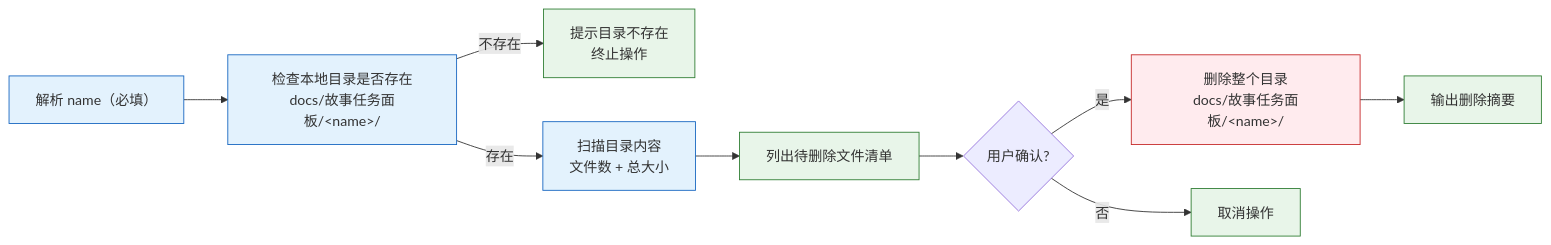
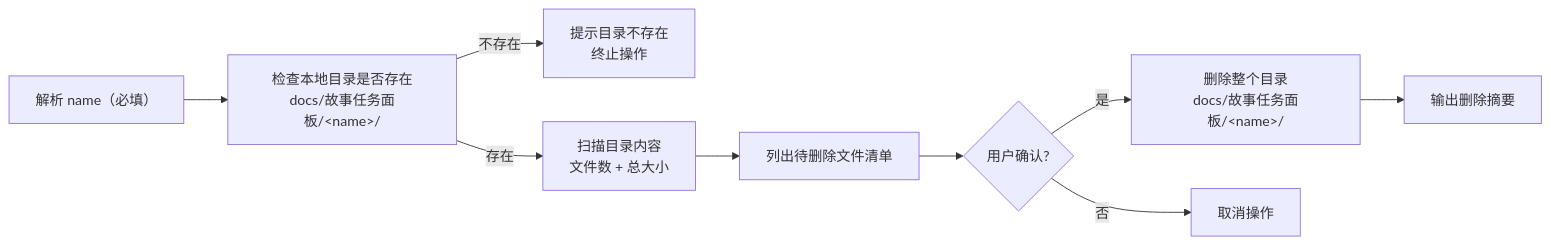
The ninth of 12 diagrams in skills/rui-story/SKILL.md (effiy/YrY), drawn with Mermaid before and after one commit. The commit also changed other lines of this file and 61 other files, not shown here.

````diff
--- a/skills/rui-story/SKILL.md
+++ b/skills/rui-story/SKILL.md
@@ -437,15 +247,12 @@
 ```mermaid
 flowchart LR
     PARSE["解析 name（必填）"]:::op --> CHECK["检查本地目录是否存在<br/>docs/故事任务面板/&lt;name&gt;/"]:::op
     CHECK -->|"不存在"| NOTFOUND["提示目录不存在<br/>终止操作"]:::out
     CHECK -->|"存在"| SCAN["扫描目录内容<br/>文件数 + 总大小"]:::op
     SCAN --> SHOW["列出待删除文件清单"]:::out
     SHOW --> CONFIRM{"用户确认?"}
     CONFIRM -->|"是"| DEL["删除整个目录<br/>docs/故事任务面板/&lt;name&gt;/"]:::danger
     CONFIRM -->|"否"| ABORT["取消操作"]:::out
     DEL --> REPORT["输出删除摘要"]:::out
 
-    classDef op fill:#e3f2fd,stroke:#1565c0;
-    classDef out fill:#e8f5e9,stroke:#2e7d32;
-    classDef danger fill:#ffebee,stroke:#c62828;
 ```
````
